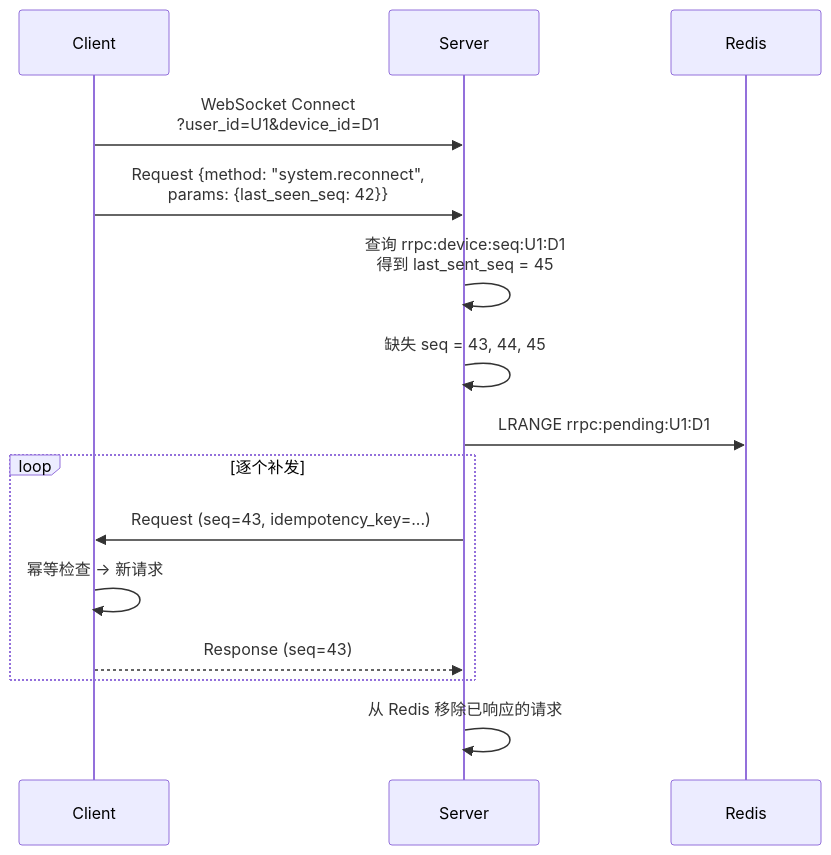
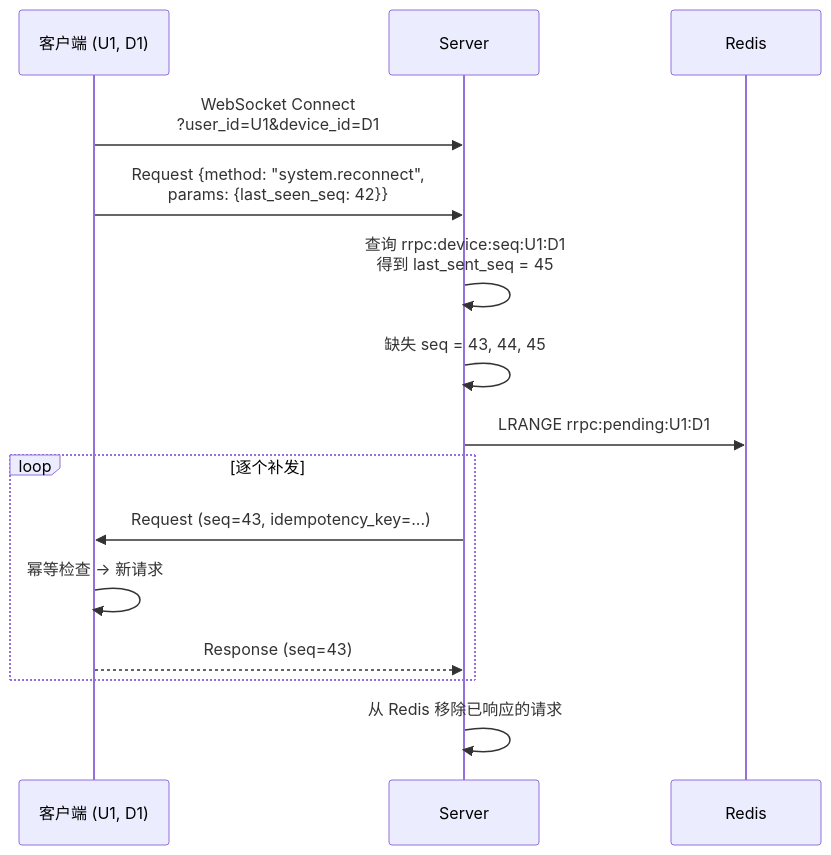
The seventh of 7 diagrams in docs/DESIGN_CLIENT_FUNCTION_AGENT_TOOLS.md (PineappleBond/xyncra-server), drawn with Mermaid before and after one commit. The commit also changed other lines of this file, not shown here.

````diff
--- a/docs/DESIGN_CLIENT_FUNCTION_AGENT_TOOLS.md
+++ b/docs/DESIGN_CLIENT_FUNCTION_AGENT_TOOLS.md
@@ -523,20 +582,20 @@
 ```mermaid
 sequenceDiagram
-    participant Client
+    participant Client as 客户端 (U1, D1)
     participant Server
 
     Client->>Server: WebSocket Connect<br/>?user_id=U1&device_id=D1
     Client->>Server: Request {method: "system.reconnect",<br/>params: {last_seen_seq: 42}}
 
     Server->>Server: 查询 rrpc:device:seq:U1:D1<br/>得到 last_sent_seq = 45
     Server->>Server: 缺失 seq = 43, 44, 45
     Server->>Redis: LRANGE rrpc:pending:U1:D1
 
     loop 逐个补发
         Server->>Client: Request (seq=43, idempotency_key=...)
         Client->>Client: 幂等检查 → 新请求
         Client-->>Server: Response (seq=43)
     end
 
     Server->>Server: 从 Redis 移除已响应的请求
 ```
````
